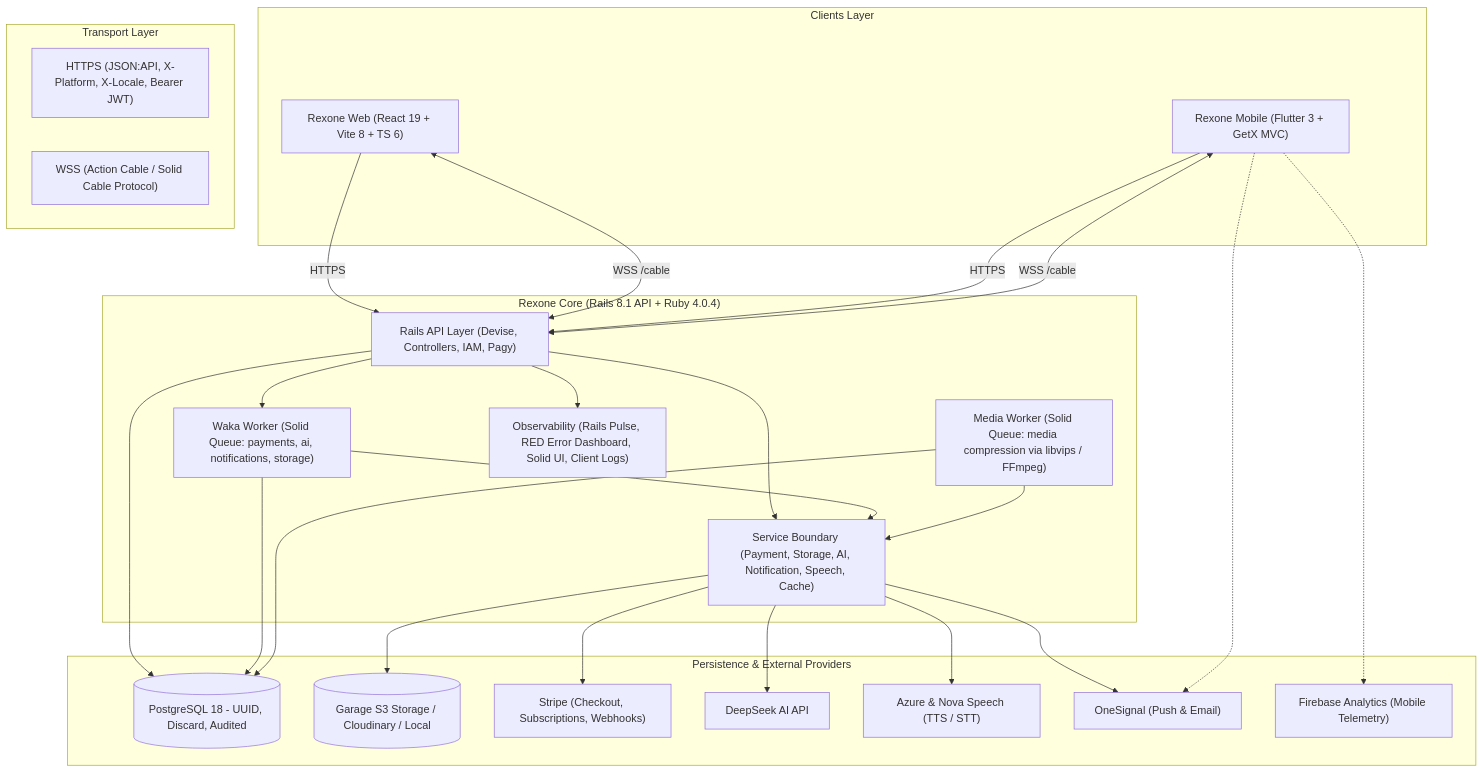
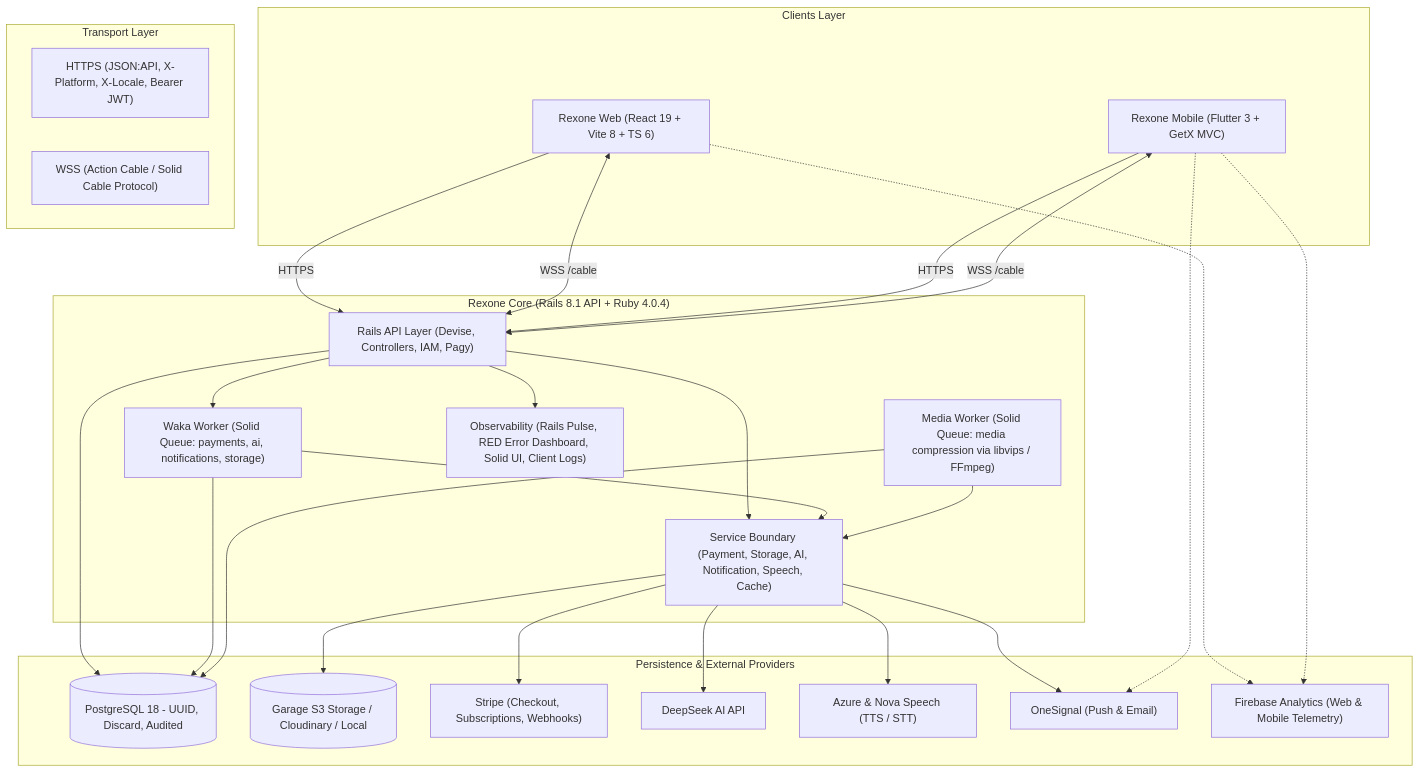
One commit to Rex9Tech/hysanjunior-web changed the diagram in ECOSYSTEM.md. Above: the diagram before and after it, drawn with Mermaid. The commit also changed other lines of this file and 24 other files, not shown here.

````diff
--- a/ECOSYSTEM.md
+++ b/ECOSYSTEM.md
@@ -22,52 +22,53 @@
 ```mermaid
 flowchart TB
     subgraph Clients["Clients Layer"]
         Web["Rexone Web (React 19 + Vite 8 + TS 6)"]
         Mobile["Rexone Mobile (Flutter 3 + GetX MVC)"]
     end
 
     subgraph Transport["Transport Layer"]
         HTTPS["HTTPS (JSON:API, X-Platform, X-Locale, Bearer JWT)"]
         WSS["WSS (Action Cable / Solid Cable Protocol)"]
     end
 
     subgraph Core["Rexone Core (Rails 8.1 API + Ruby 4.0.4)"]
         API["Rails API Layer (Devise, Controllers, IAM, Pagy)"]
         Waka["Waka Worker (Solid Queue: payments, ai, notifications, storage)"]
         Media["Media Worker (Solid Queue: media compression via libvips / FFmpeg)"]
         Services["Service Boundary (Payment, Storage, AI, Notification, Speech, Cache)"]
         Obs["Observability (Rails Pulse, RED Error Dashboard, Solid UI, Client Logs)"]
     end
 
     subgraph Providers["Persistence & External Providers"]
         Postgres[(PostgreSQL 18 - UUID, Discard, Audited)]
         Garage[(Garage S3 Storage / Cloudinary / Local)]
         Stripe["Stripe (Checkout, Subscriptions, Webhooks)"]
         DeepSeek["DeepSeek AI API"]
         Speech["Azure & Nova Speech (TTS / STT)"]
         OneSignal["OneSignal (Push & Email)"]
-        Firebase["Firebase Analytics (Mobile Telemetry)"]
+        Firebase["Firebase Analytics (Web & Mobile Telemetry)"]
     end
 
     Web -->|HTTPS| API
     Web <-->|WSS /cable| API
     Mobile -->|HTTPS| API
     Mobile <-->|WSS /cable| API
 
     API --> Postgres
     API --> Services
     API --> Obs
     API --> Waka
     Waka --> Postgres
     Waka --> Services
     Media --> Postgres
     Media --> Services
 
     Services --> Stripe
     Services --> DeepSeek
     Services --> Speech
     Services --> OneSignal
     Services --> Garage
+    Web -.-> Firebase
     Mobile -.-> Firebase
     Mobile -.-> OneSignal
 ```
````
